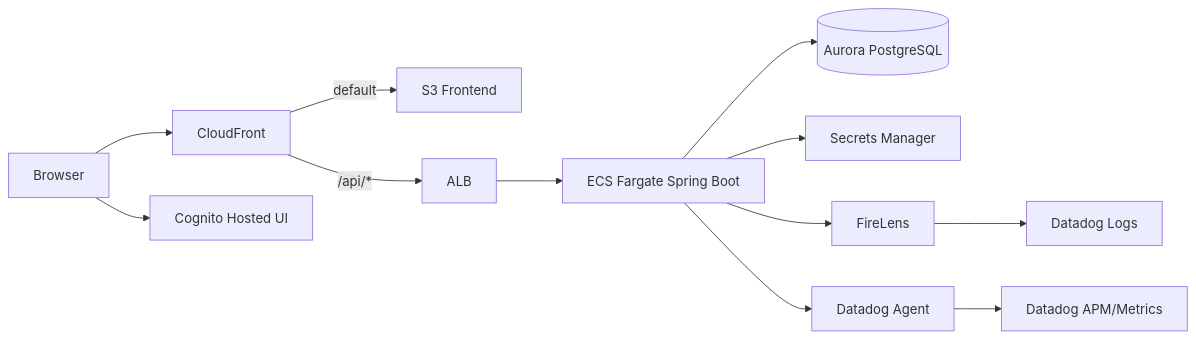
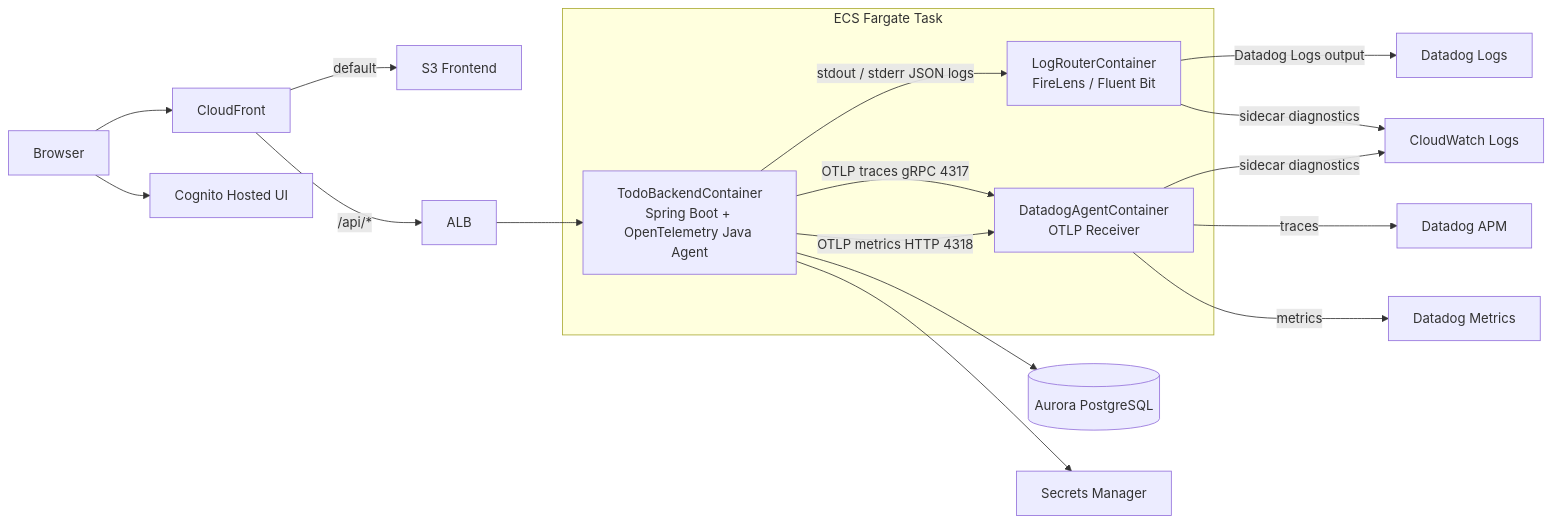
Before and after one commit to rafty/Todo-ECS-Observability-Sample: the diagram in README.md, drawn with Mermaid. The commit also changed other lines of this file and 10 other files, not shown here.

````diff
--- a/README.md
+++ b/README.md
@@ -7,14 +7,25 @@
 ```mermaid
 flowchart LR
   U[Browser] --> CF[CloudFront]
   CF -->|default| S3[S3 Frontend]
   CF -->|/api/*| ALB[ALB]
-  ALB --> ECS[ECS Fargate Spring Boot]
-  ECS --> DB[(Aurora PostgreSQL)]
-  ECS --> SM[Secrets Manager]
-  ECS --> FL[FireLens]
-  ECS --> AG[Datadog Agent]
-  FL --> DDLOG[Datadog Logs]
-  AG --> DDAPM[Datadog APM/Metrics]
   U --> COG[Cognito Hosted UI]
+
+  subgraph TASK[ECS Fargate Task]
+    APP["TodoBackendContainer\nSpring Boot + OpenTelemetry Java Agent"]
+    FL["LogRouterContainer\nFireLens / Fluent Bit"]
+    AG["DatadogAgentContainer\nOTLP Receiver"]
+  end
+
+  ALB --> APP
+  APP --> DB[(Aurora PostgreSQL)]
+  APP --> SM[Secrets Manager]
+  APP -->|stdout / stderr JSON logs| FL
+  APP -->|OTLP traces gRPC 4317| AG
+  APP -->|OTLP metrics HTTP 4318| AG
+  FL -->|Datadog Logs output| DDLOG[Datadog Logs]
+  AG -->|traces| DDAPM[Datadog APM]
+  AG -->|metrics| DDMET[Datadog Metrics]
+  FL -->|sidecar diagnostics| CW[CloudWatch Logs]
+  AG -->|sidecar diagnostics| CW
 ```
````
